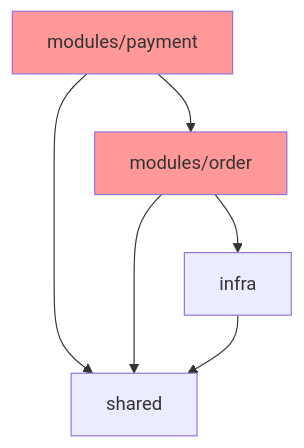
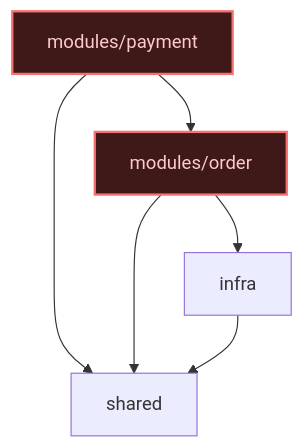
The third of 3 diagrams in extensions/coding-workflow/skills/design-code-arch/references/sequence-template.md (zhushanwen321/xyz-pi-extensions), drawn with Mermaid before and after one commit. The commit also changed 10 other files, not shown here.

````diff
--- a/extensions/coding-workflow/skills/design-code-arch/references/sequence-template.md
+++ b/extensions/coding-workflow/skills/design-code-arch/references/sequence-template.md
@@ -135,11 +135,11 @@
 ```mermaid
 graph TD
     order[modules/order] --> shared[shared]
     order --> infra[infra]
     payment[modules/payment] --> shared
     payment --> order
     infra --> shared
 
-    classDef warn fill:#ff9999
+    classDef warn fill:#3f1818,stroke:#f87171,stroke-width:2px,color:#fecaca
     class order,payment warn
 ```
````
